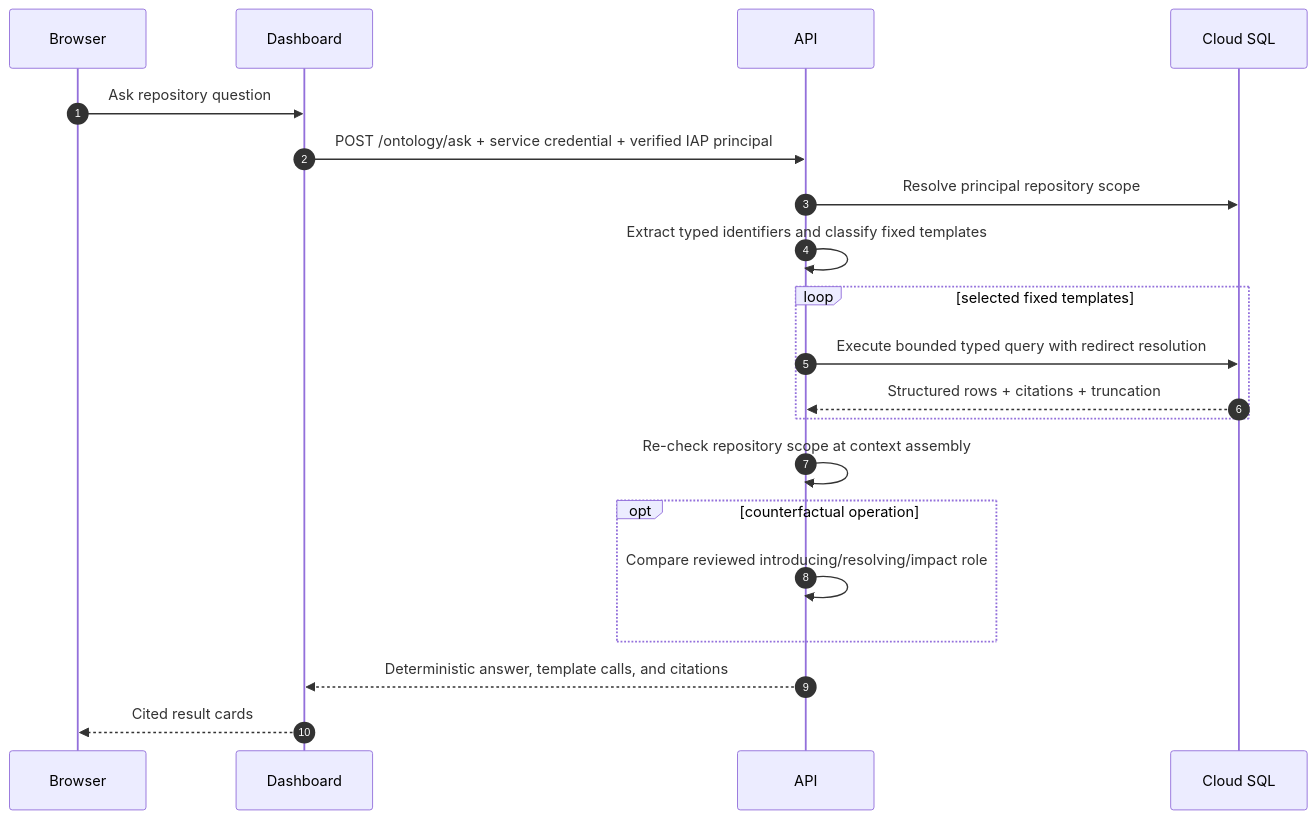
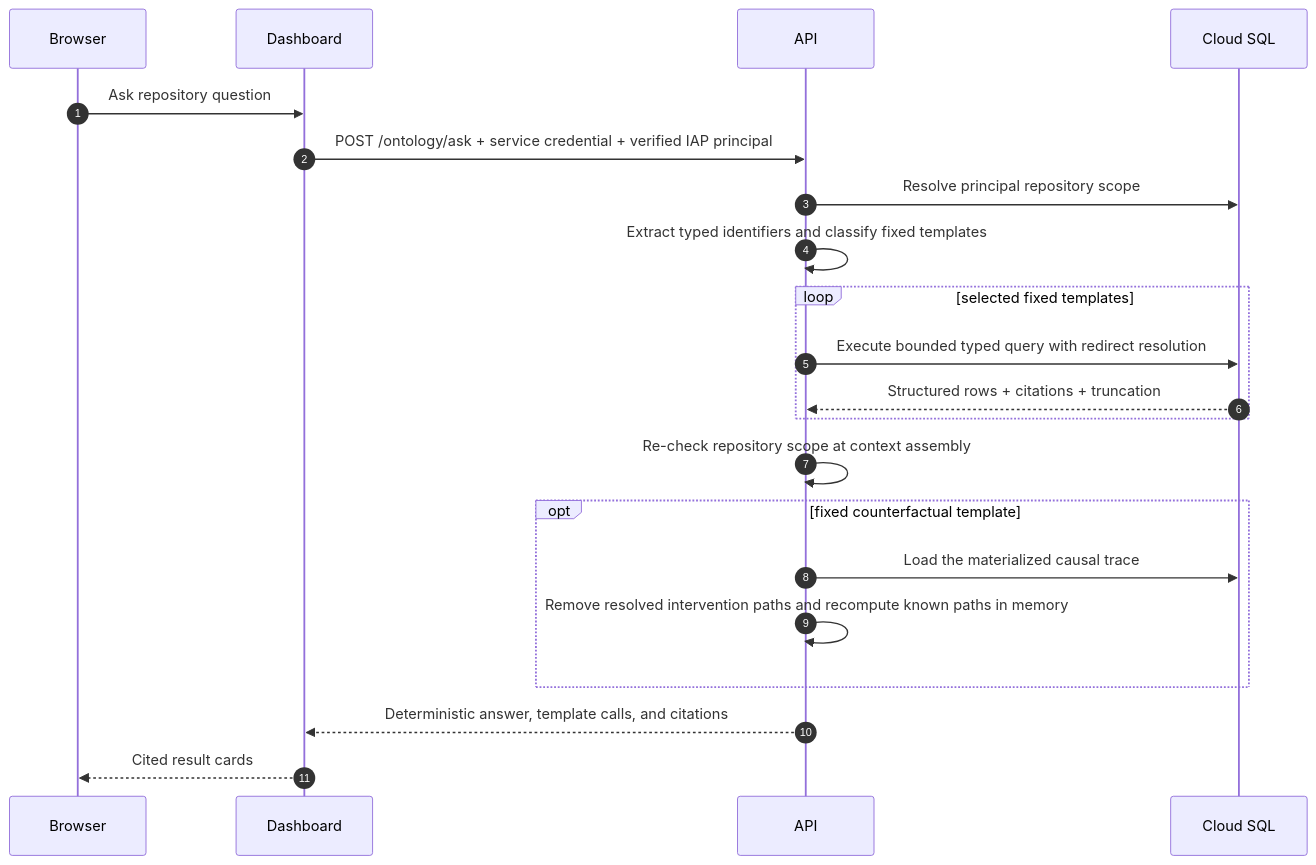
Before and after one commit to keon/jina-context-wiki-e2e-20260808: the fourth of 6 diagrams in docs/SEQUENCE_DIAGRAM.md, drawn with Mermaid. The commit also changed other lines of this file and 9 other files, not shown here.

````diff
--- a/docs/SEQUENCE_DIAGRAM.md
+++ b/docs/SEQUENCE_DIAGRAM.md
@@ -135,23 +139,24 @@
 ```mermaid
 sequenceDiagram
     autonumber
     participant Browser
     participant Dashboard
     participant API
     participant DB as Cloud SQL
 
     Browser->>Dashboard: Ask repository question
     Dashboard->>API: POST /ontology/ask + service credential + verified IAP principal
     API->>DB: Resolve principal repository scope
     API->>API: Extract typed identifiers and classify fixed templates
     loop selected fixed templates
         API->>DB: Execute bounded typed query with redirect resolution
         DB-->>API: Structured rows + citations + truncation
     end
     API->>API: Re-check repository scope at context assembly
-    opt counterfactual operation
-        API->>API: Compare reviewed introducing/resolving/impact role
+    opt fixed counterfactual template
+        API->>DB: Load the materialized causal trace
+        API->>API: Remove resolved intervention paths and recompute known paths in memory
     end
     API-->>Dashboard: Deterministic answer, template calls, and citations
     Dashboard-->>Browser: Cited result cards
 ```
````
